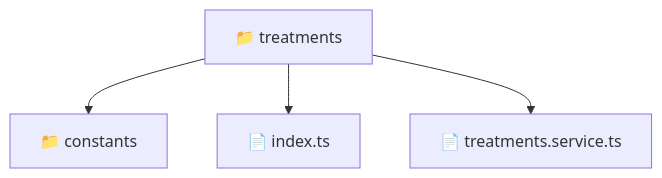
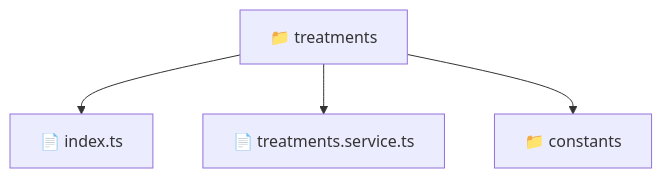
One commit to beginwebdev2002/fullstack-mavluda changed the diagram in frontend/src/entities/treatments/README.md. Above: the diagram before and after it, drawn with Mermaid. The commit also changed other lines of this file and 166 other files, not shown here.

First line of the commit message:
docs: generate repository-wide architectural README files

````diff
--- a/frontend/src/entities/treatments/README.md
+++ b/frontend/src/entities/treatments/README.md
@@ -11,7 +11,10 @@
 ```mermaid
 graph TD
-  Root["📁 treatments"]
-  Root --> constants["📁 constants"]
-  Root --> index_ts["📄 index.ts"]
-  Root --> treatments_service_ts["📄 treatments.service.ts"]
+  f_Root_treatments["📁 treatments"]
+  f_index_ts["📄 index.ts"]
+  f_Root_treatments --> f_index_ts
+  f_treatments_service_ts["📄 treatments.service.ts"]
+  f_Root_treatments --> f_treatments_service_ts
+  f_Dir_constants["📁 constants"]
+  f_Root_treatments --> f_Dir_constants
 ```
````
